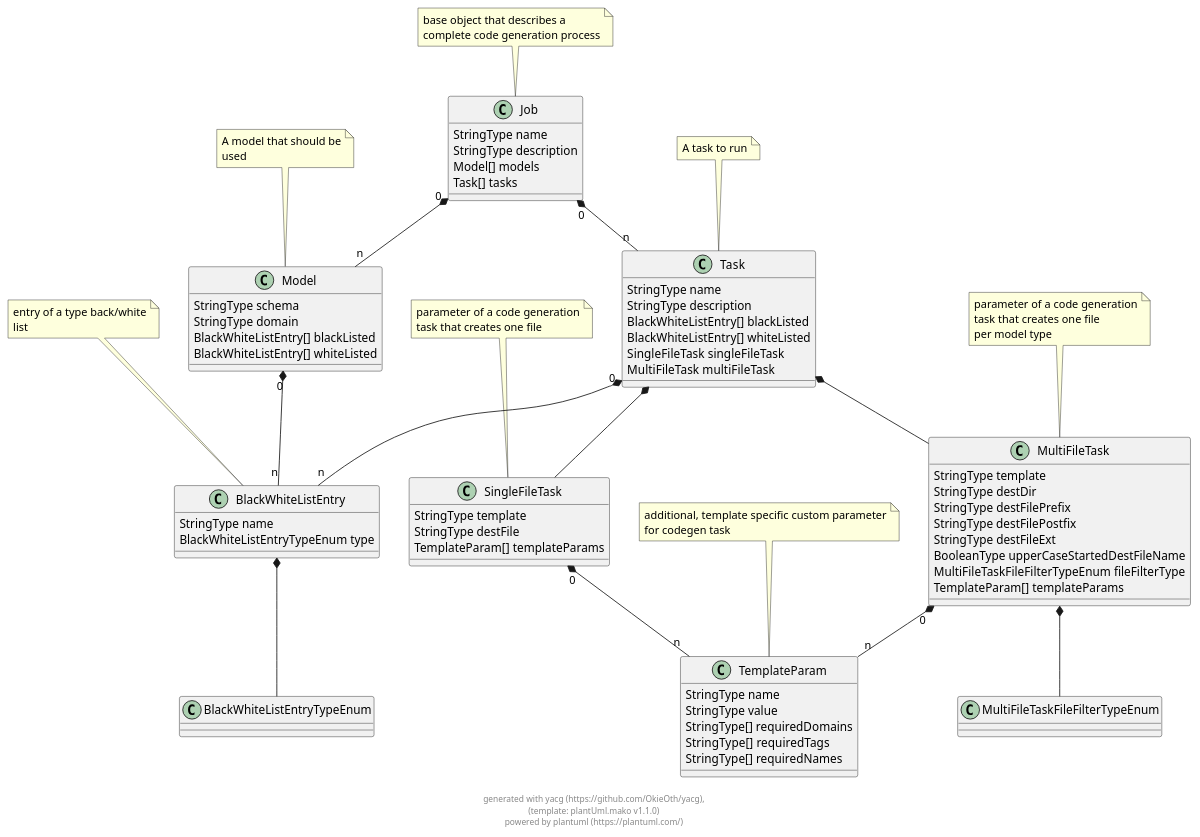
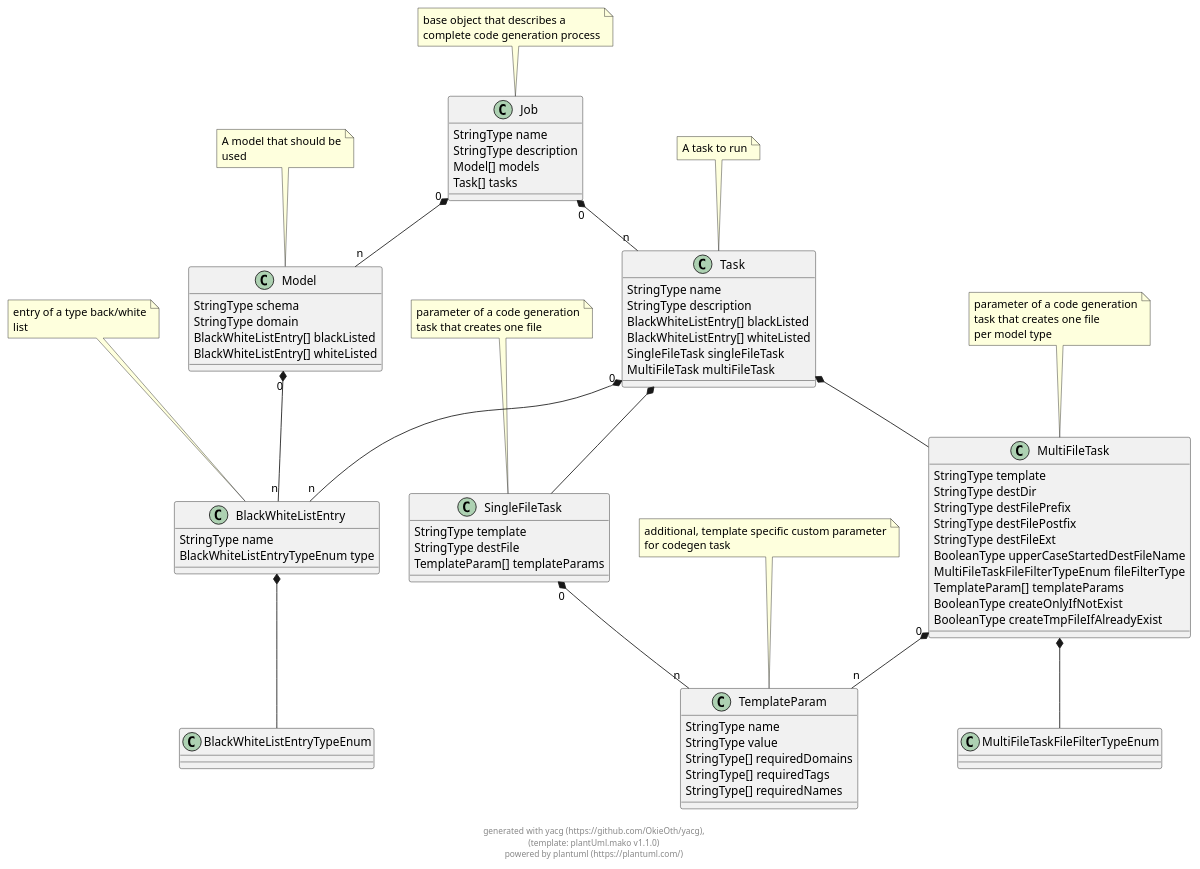
One commit to OkieOth/yacg changed the diagram in docs/puml/yacg_config_schema.puml. Above: the diagram before and after it, drawn with PlantUML. The commit also changed 4 other files, not shown here.

```diff
--- a/docs/puml/yacg_config_schema.puml
+++ b/docs/puml/yacg_config_schema.puml
@@ -2,110 +2,112 @@
 @startuml
 
 class Job {
     StringType name 
     StringType description 
     Model[] models 
     Task[] tasks 
 }
  
 note top: base object that describes a\ncomplete code generation process
 
 class Model {
     StringType schema 
     StringType domain 
     BlackWhiteListEntry[] blackListed 
     BlackWhiteListEntry[] whiteListed 
 }
  
 note top: A model that should be\nused
 
 class Task {
     StringType name 
     StringType description 
     BlackWhiteListEntry[] blackListed 
     BlackWhiteListEntry[] whiteListed 
     SingleFileTask singleFileTask 
     MultiFileTask multiFileTask 
 }
  
 note top: A task to run
 
 class BlackWhiteListEntry {
     StringType name 
     BlackWhiteListEntryTypeEnum type 
 }
  
 note top: entry of a type back/white\nlist
 
 class BlackWhiteListEntryTypeEnum {
 }
  
 
 class SingleFileTask {
     StringType template 
     StringType destFile 
     TemplateParam[] templateParams 
 }
  
 note top: parameter of a code generation\ntask that creates one file
 
 class TemplateParam {
     StringType name 
     StringType value 
     StringType[] requiredDomains 
     StringType[] requiredTags 
     StringType[] requiredNames 
 }
  
 note top: additional, template specific custom parameter\nfor codegen task
 
 class MultiFileTask {
     StringType template 
     StringType destDir 
     StringType destFilePrefix 
     StringType destFilePostfix 
     StringType destFileExt 
     BooleanType upperCaseStartedDestFileName 
     MultiFileTaskFileFilterTypeEnum fileFilterType 
     TemplateParam[] templateParams 
+    BooleanType createOnlyIfNotExist 
+    BooleanType createTmpFileIfAlreadyExist 
 }
  
 note top: parameter of a code generation\ntask that creates one file\nper model type
 
 class MultiFileTaskFileFilterTypeEnum {
 }
  
 
 
     
 Job "0" *-- "n" Model        
             
 Job "0" *-- "n" Task        
             
     
 Model "0" *-- "n" BlackWhiteListEntry        
             
     
 Task "0" *-- "n" BlackWhiteListEntry        
             
 Task  *--  SingleFileTask        
             
 Task  *--  MultiFileTask        
             
     
 BlackWhiteListEntry  *--  BlackWhiteListEntryTypeEnum        
             
     
     
 SingleFileTask "0" *-- "n" TemplateParam        
             
     
     
 MultiFileTask  *--  MultiFileTaskFileFilterTypeEnum        
             
 MultiFileTask "0" *-- "n" TemplateParam        
             
     
 
 footer \ngenerated with yacg (https://github.com/OkieOth/yacg),\n(template: plantUml.mako v1.1.0)\npowered by plantuml (https://plantuml.com/)
 @enduml
```
